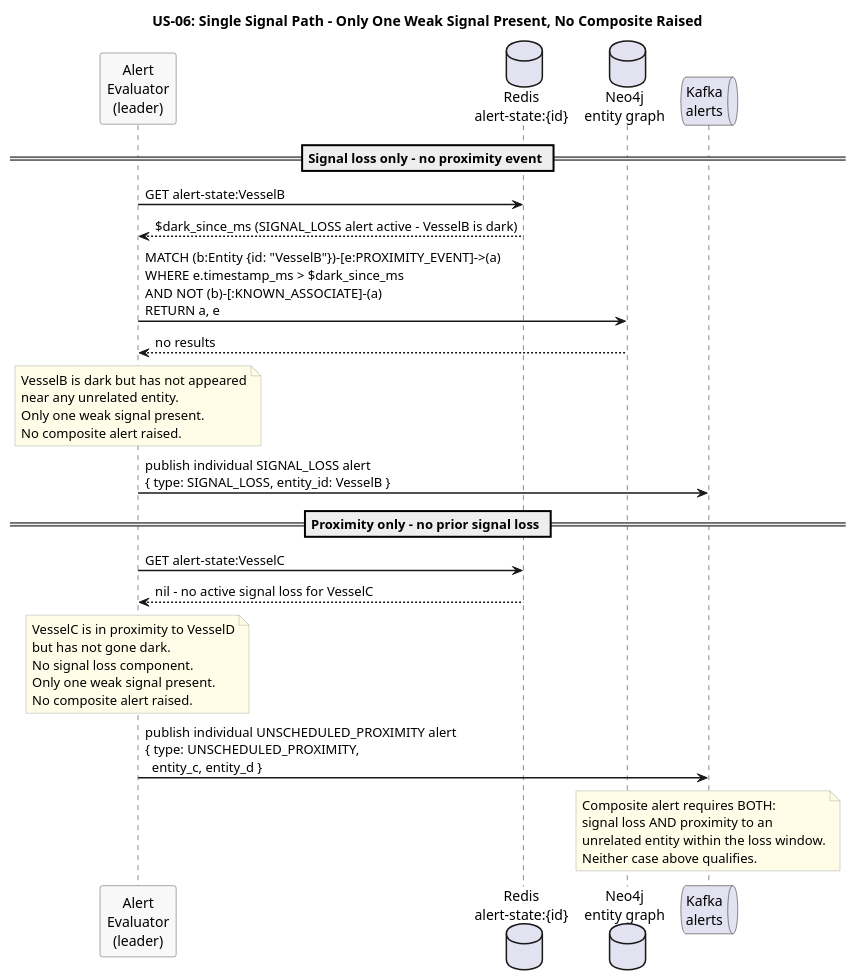
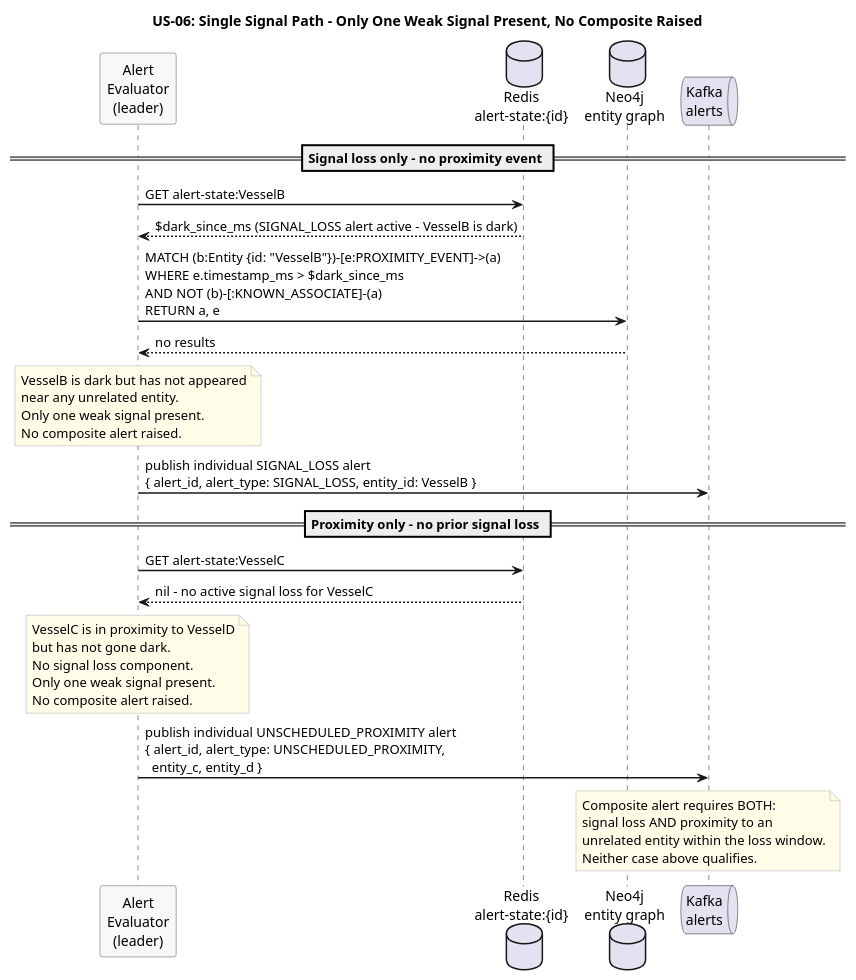
One commit to Buffden/sentinel changed the diagram in docs/use-cases/US-06-composite-alert/single-signal-path.puml. Above: the diagram before and after it, drawn with PlantUML. The commit also changed 6 other files, not shown here.

First line of the commit message:
docs: fix field name inconsistencies across architecture docs and PUMLs

```diff
--- a/docs/use-cases/US-06-composite-alert/single-signal-path.puml
+++ b/docs/use-cases/US-06-composite-alert/single-signal-path.puml
@@ -1,54 +1,54 @@
 @startuml single-signal-path
 title US-06: Single Signal Path - Only One Weak Signal Present, No Composite Raised
 
 skinparam sequenceArrowThickness 1.5
 skinparam participantBorderColor #555555
 skinparam participantBackgroundColor #F8F8F8
 skinparam noteBorderColor #AAAAAA
 skinparam noteBackgroundColor #FFFDE7
 
 participant "Alert\nEvaluator\n(leader)" as Evaluator
 database "Redis\nalert-state:{id}" as AlertState
 database "Neo4j\nentity graph" as Neo4j
 queue "Kafka\nalerts" as Kafka
 
 == Signal loss only - no proximity event ==
 
 Evaluator -> AlertState : GET alert-state:VesselB
 AlertState --> Evaluator : $dark_since_ms (SIGNAL_LOSS alert active - VesselB is dark)
 
 Evaluator -> Neo4j : MATCH (b:Entity {id: "VesselB"})-[e:PROXIMITY_EVENT]->(a)\nWHERE e.timestamp_ms > $dark_since_ms\nAND NOT (b)-[:KNOWN_ASSOCIATE]-(a)\nRETURN a, e
 Neo4j --> Evaluator : no results
 
 note over Evaluator
   VesselB is dark but has not appeared
   near any unrelated entity.
   Only one weak signal present.
   No composite alert raised.
 end note
 
-Evaluator -> Kafka : publish individual SIGNAL_LOSS alert\n{ type: SIGNAL_LOSS, entity_id: VesselB }
+Evaluator -> Kafka : publish individual SIGNAL_LOSS alert\n{ alert_id, alert_type: SIGNAL_LOSS, entity_id: VesselB }
 
 == Proximity only - no prior signal loss ==
 
 Evaluator -> AlertState : GET alert-state:VesselC
 AlertState --> Evaluator : nil - no active signal loss for VesselC
 
 note over Evaluator
   VesselC is in proximity to VesselD
   but has not gone dark.
   No signal loss component.
   Only one weak signal present.
   No composite alert raised.
 end note
 
-Evaluator -> Kafka : publish individual UNSCHEDULED_PROXIMITY alert\n{ type: UNSCHEDULED_PROXIMITY,\n  entity_c, entity_d }
+Evaluator -> Kafka : publish individual UNSCHEDULED_PROXIMITY alert\n{ alert_id, alert_type: UNSCHEDULED_PROXIMITY,\n  entity_c, entity_d }
 
 note over Kafka
   Composite alert requires BOTH:
   signal loss AND proximity to an
   unrelated entity within the loss window.
   Neither case above qualifies.
 end note
 
 @enduml
```
